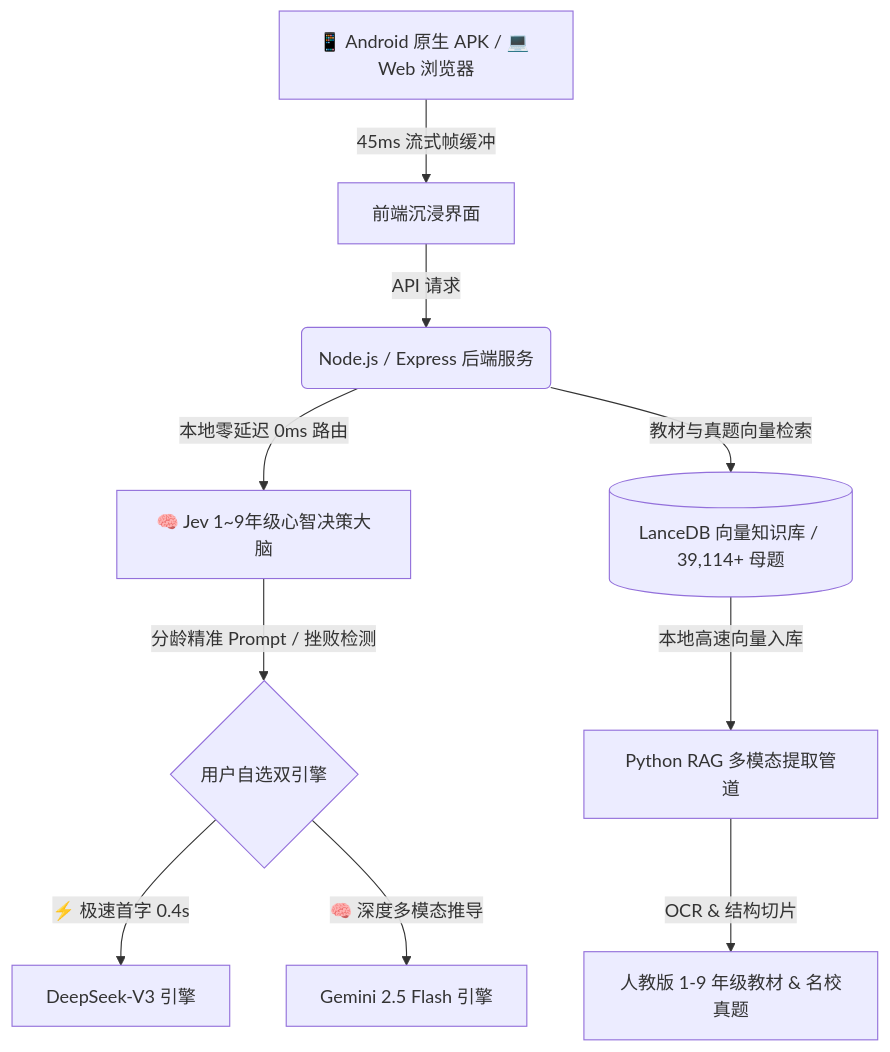
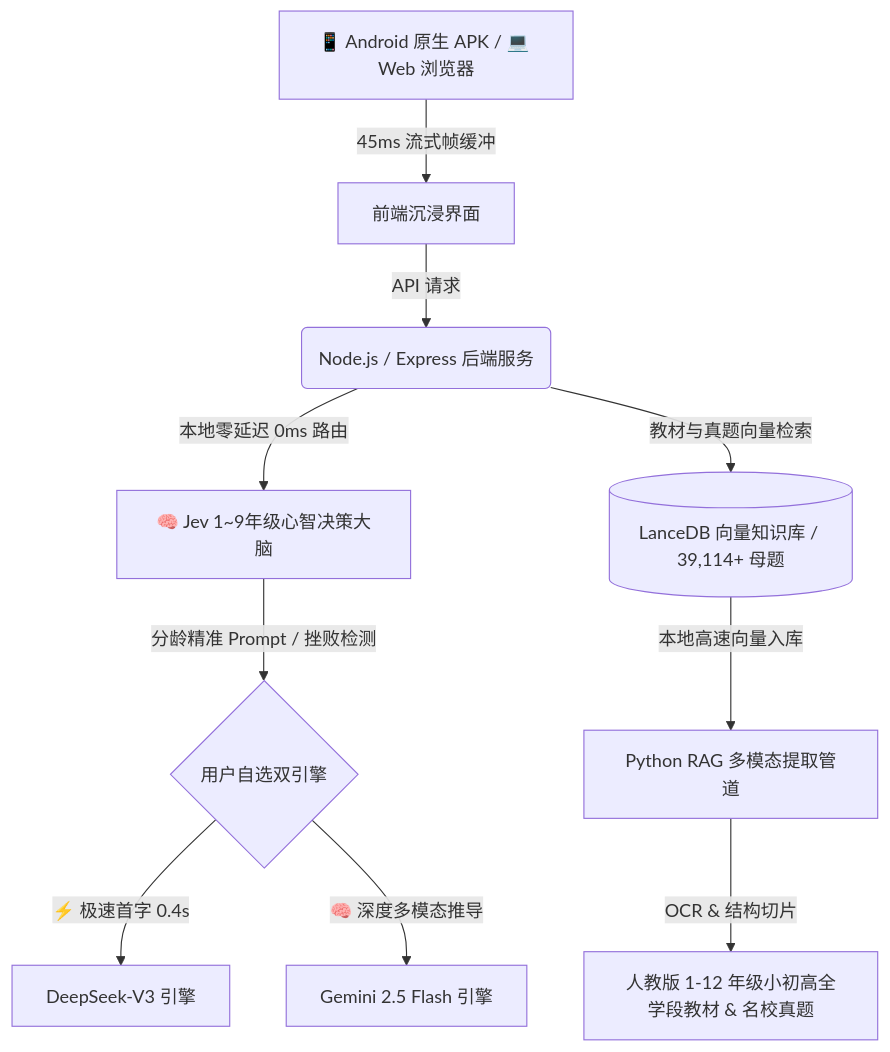
Before and after one commit to Zenglian990/AI_Tutor_Release: the diagram in README.md, drawn with Mermaid. The commit also changed other lines of this file and 140 other files, not shown here.

Commit message:
feat(release): v1.6.0 - 1-12年级小初高全学科旗舰版 (高中全科知识图谱·高考高频押题密卷·步骤采分点·全科公式宝典)

````diff
--- a/README.md
+++ b/README.md
@@ -155,12 +156,12 @@
 ```mermaid
 graph TD
     UserApp[📱 Android 原生 APK / 💻 Web 浏览器] -->|45ms 流式帧缓冲| ClientUI[前端沉浸界面]
     ClientUI -->|API 请求| Server(Node.js / Express 后端服务)
     Server -->|本地零延迟 0ms 路由| JevEngine[🧠 Jev 1~9年级心智决策大脑]
     JevEngine -->|分龄精准 Prompt / 挫败检测| ModelRouter{用户自选双引擎}
     ModelRouter -->|⚡ 极速首字 0.4s| DeepSeek[DeepSeek-V3 引擎]
     ModelRouter -->|🧠 深度多模态推导| Gemini[Gemini 2.5 Flash 引擎]
     Server -->|教材与真题向量检索| LanceDB[(LanceDB 向量知识库 / 39,114+ 母题)]
     LanceDB -->|本地高速向量入库| PythonRAG[Python RAG 多模态提取管道]
-    PythonRAG -->|OCR & 结构切片| Textbooks[人教版 1-9 年级教材 & 名校真题]
+    PythonRAG -->|OCR & 结构切片| Textbooks[人教版 1-12 年级小初高全学段教材 & 名校真题]
 ```
````
